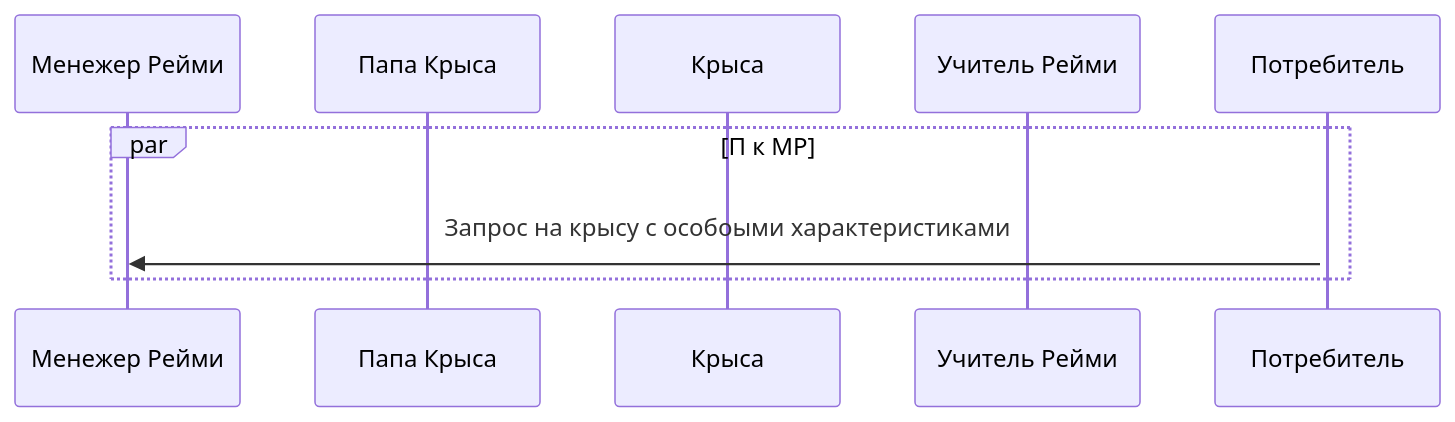
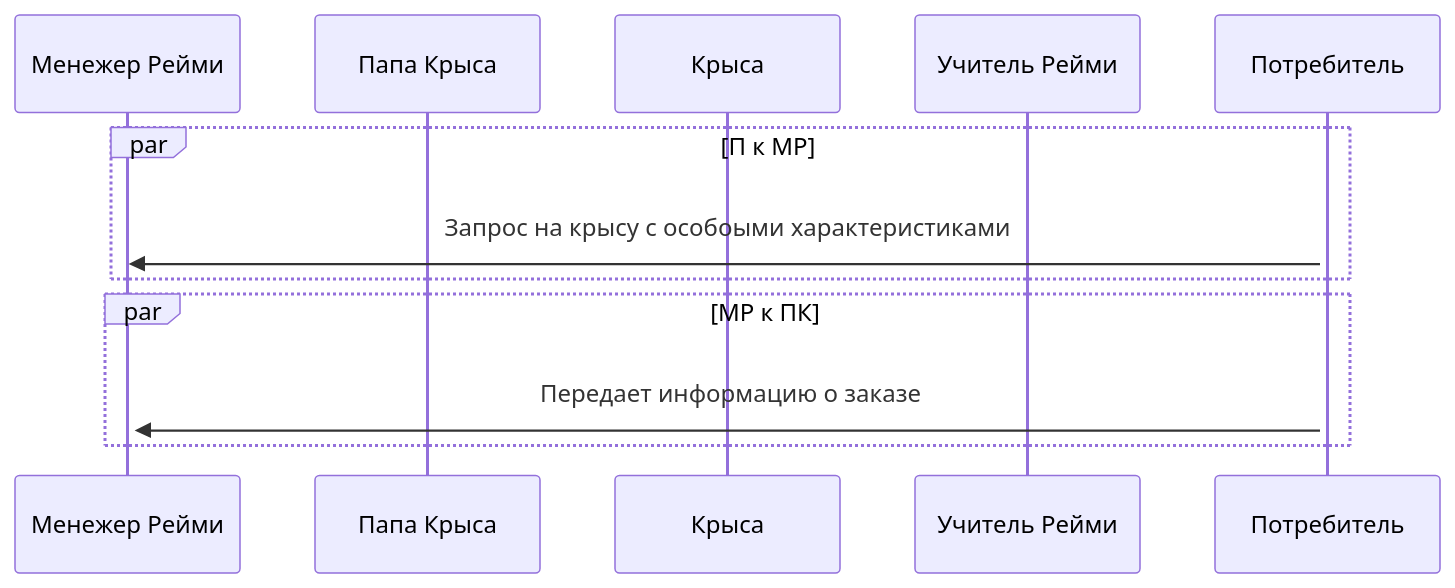
Before and after one commit to VegaMethadone/Software-engineering-: the diagram in README.md, drawn with Mermaid.

````diff
--- a/README.md
+++ b/README.md
@@ -13,14 +13,19 @@
 ```mermaid
 sequenceDiagram
     participant МР as Менежер Рейми
     participant ПК as Папа Крыса
     participant К as Крыса
     participant Р as Учитель Рейми
     participant П as Потребитель
     activate П
     par П к МР
         П->>МР: Запрос на крысу с особоыми характеристиками 
     end
+    activate МР
+    par МР к ПК
+        П->>МР:Передает информацию о заказе
+    end
+    
     
     
 ```
````
